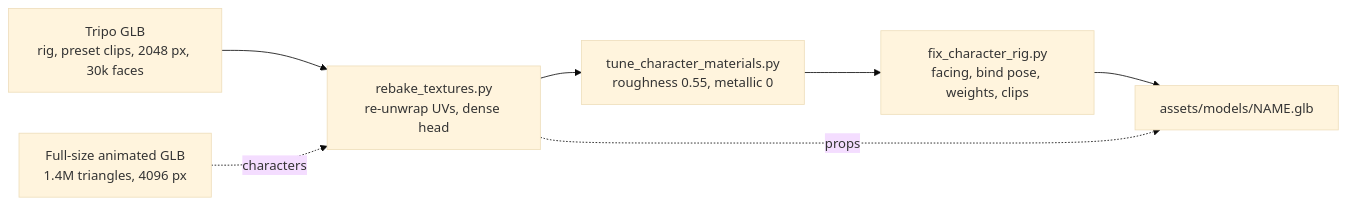
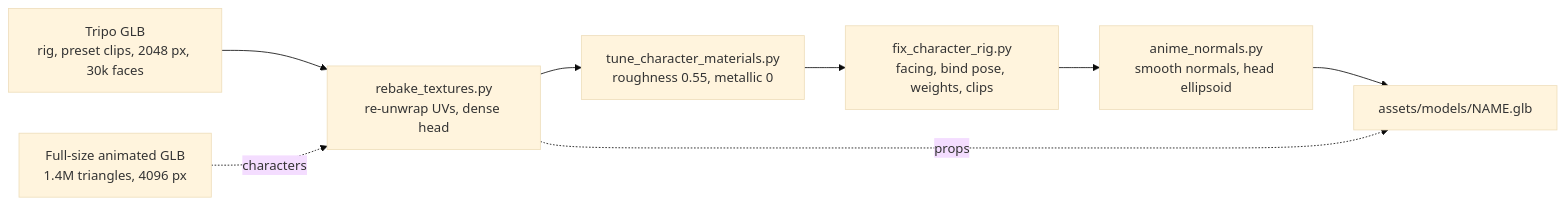
Before and after one commit to jgyy/trixian: the second of 5 diagrams in docs/asset-pipeline.md, drawn with Mermaid (base theme). The commit also changed other lines of this file and 36 other files, not shown here.

Commit message:
Anime cel shading for the Tripo models: sharp colour instead of the oil-painting look (#8)

````diff
--- a/docs/asset-pipeline.md
+++ b/docs/asset-pipeline.md
@@ -45,9 +45,10 @@
 ```mermaid
 flowchart LR
     tripo["Tripo GLB<br/>rig, preset clips, 2048 px, 30k faces"] --> rebake["rebake_textures.py<br/>re-unwrap UVs, dense head"]
     full["Full-size animated GLB<br/>1.4M triangles, 4096 px"] -. characters .-> rebake
     rebake --> tune["tune_character_materials.py<br/>roughness 0.55, metallic 0"]
     tune --> fix["fix_character_rig.py<br/>facing, bind pose, weights, clips"]
-    fix --> repo["assets/models/NAME.glb"]
+    fix --> normals["anime_normals.py<br/>smooth normals, head ellipsoid"]
+    normals --> repo["assets/models/NAME.glb"]
     rebake -. props .-> repo
 ```
````
